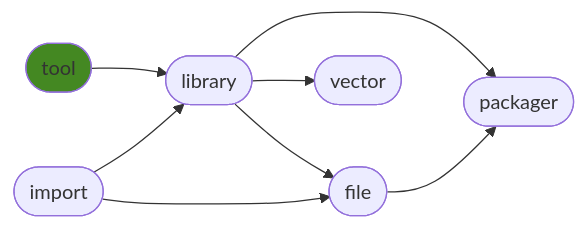
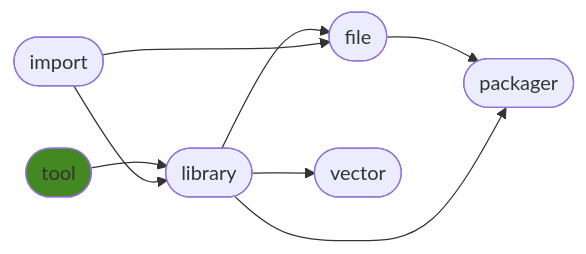
Before and after one commit to ManderaGeneral/generaltool: the diagram in README.md, drawn with Mermaid. The commit also changed other lines of this file, not shown here.

````diff
--- a/README.md
+++ b/README.md
@@ -23,17 +23,17 @@
 ```mermaid
 flowchart LR
-2([library]) --> 4([vector])
+3([file]) --> 5([packager])
+2([library]) --> 3([file])
 1([tool]) --> 2([library])
 2([library]) --> 5([packager])
+2([library]) --> 4([vector])
 0([import]) --> 2([library])
-3([file]) --> 5([packager])
-2([library]) --> 3([file])
 0([import]) --> 3([file])
 click 0 "https://github.com/ManderaGeneral/generalimport"
 click 1 "https://github.com/ManderaGeneral/generaltool"
 click 2 "https://github.com/ManderaGeneral/generallibrary"
 click 3 "https://github.com/ManderaGeneral/generalfile"
 click 4 "https://github.com/ManderaGeneral/generalvector"
 click 5 "https://github.com/ManderaGeneral/generalpackager"
 style 1 fill:#482
 ```
````
